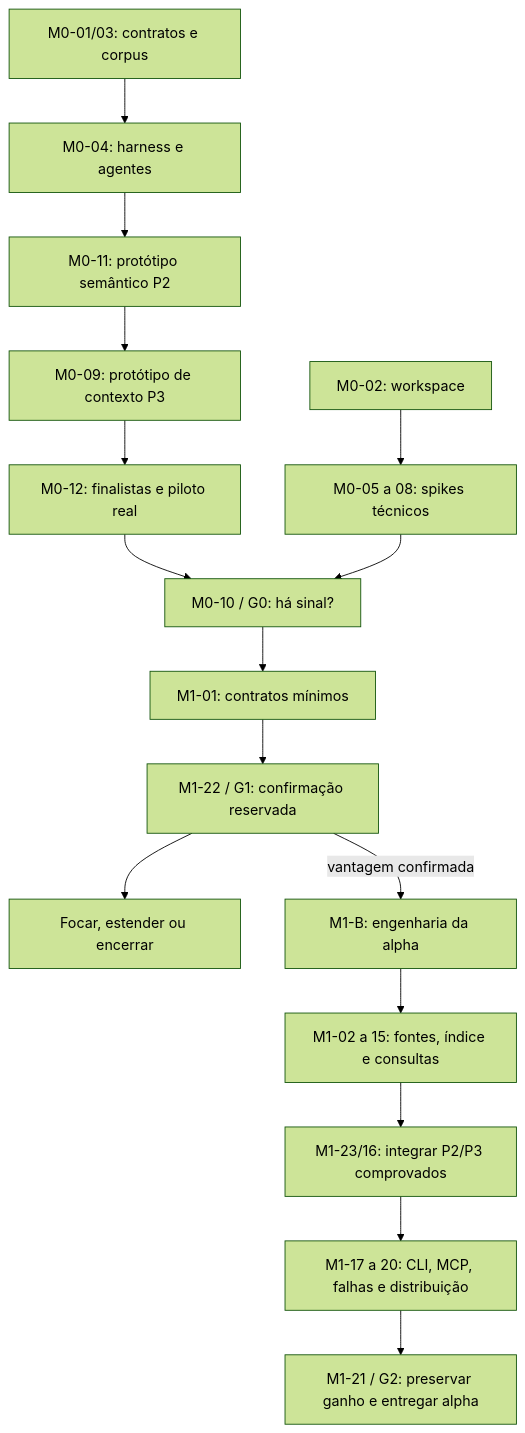
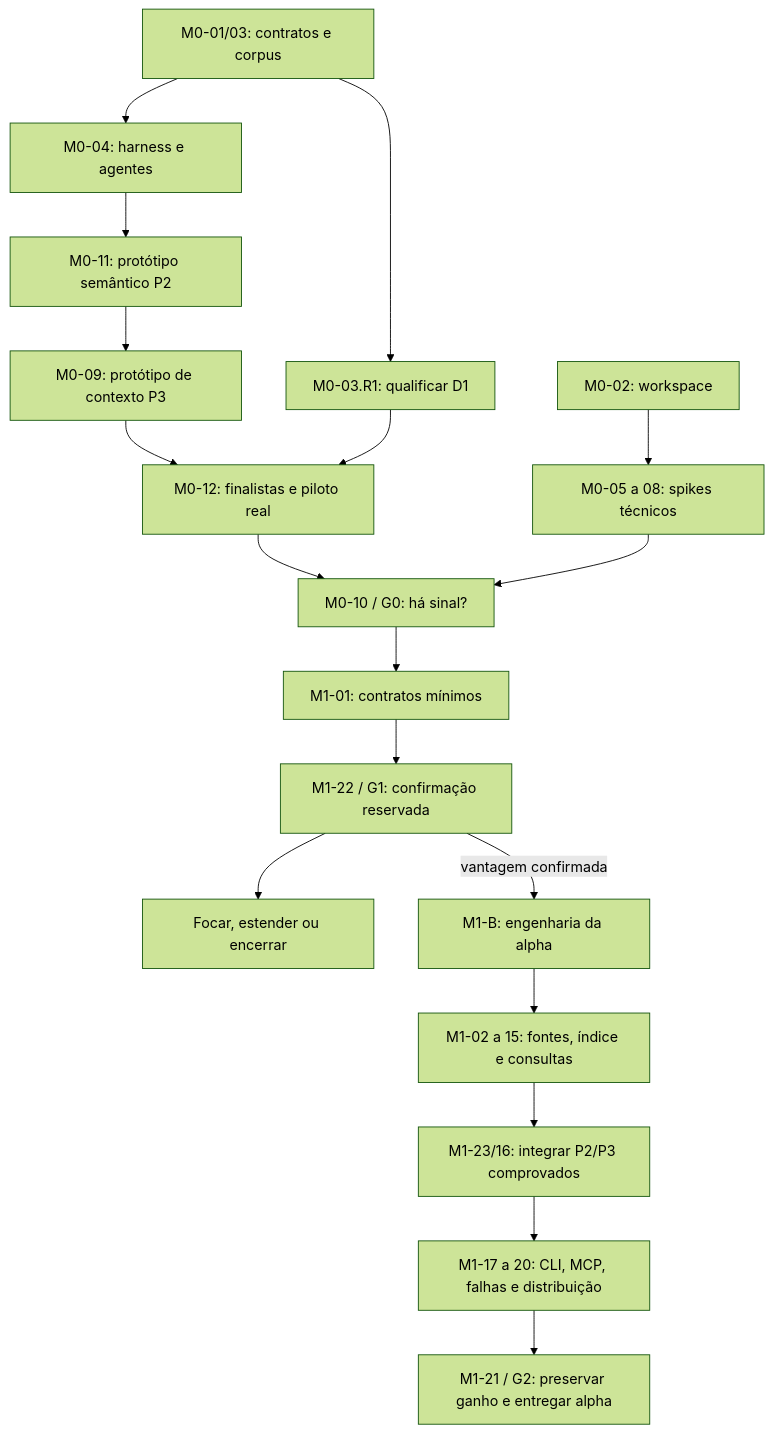
The diagram in docs/PLANO-DE-IMPLEMENTACAO.md (wkoch/xrai), drawn with Mermaid (forest theme) before and after one commit. The commit also changed other lines of this file and 20 other files, not shown here.

Commit message:
docs: resolve L1 architecture decisions and prepare L2

````diff
--- a/docs/PLANO-DE-IMPLEMENTACAO.md
+++ b/docs/PLANO-DE-IMPLEMENTACAO.md
@@ -59,18 +59,20 @@
 ```mermaid
 flowchart TD
     A["M0-01/03: contratos e corpus"] --> B["M0-04: harness e agentes"]
     C["M0-02: workspace"] --> D["M0-05 a 08: spikes técnicos"]
     B --> P2["M0-11: protótipo semântico P2"]
     P2 --> P3["M0-09: protótipo de contexto P3"]
     P3 --> E["M0-12: finalistas e piloto real"]
+    A --> R1["M0-03.R1: qualificar D1"]
+    R1 --> E
     E --> G0["M0-10 / G0: há sinal?"]
     D --> G0
     G0 --> F["M1-01: contratos mínimos"]
     F --> H["M1-22 / G1: confirmação reservada"]
     H --> STOP["Focar, estender ou encerrar"]
     H -->|"vantagem confirmada"| W["M1-B: engenharia da alpha"]
     W --> I["M1-02 a 15: fontes, índice e consultas"]
     I --> Q["M1-23/16: integrar P2/P3 comprovados"]
     Q --> T["M1-17 a 20: CLI, MCP, falhas e distribuição"]
     T --> G2["M1-21 / G2: preservar ganho e entregar alpha"]
 ```
````
